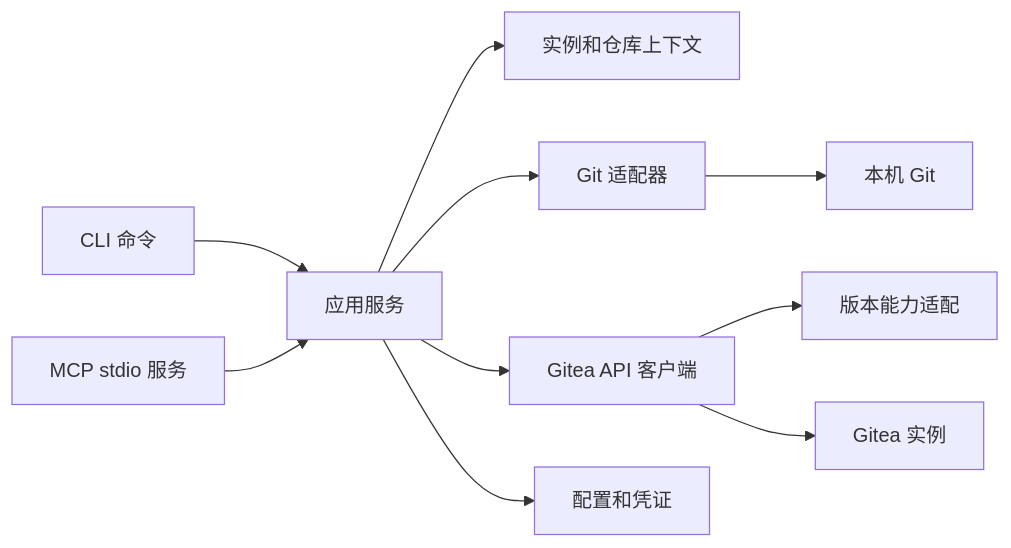
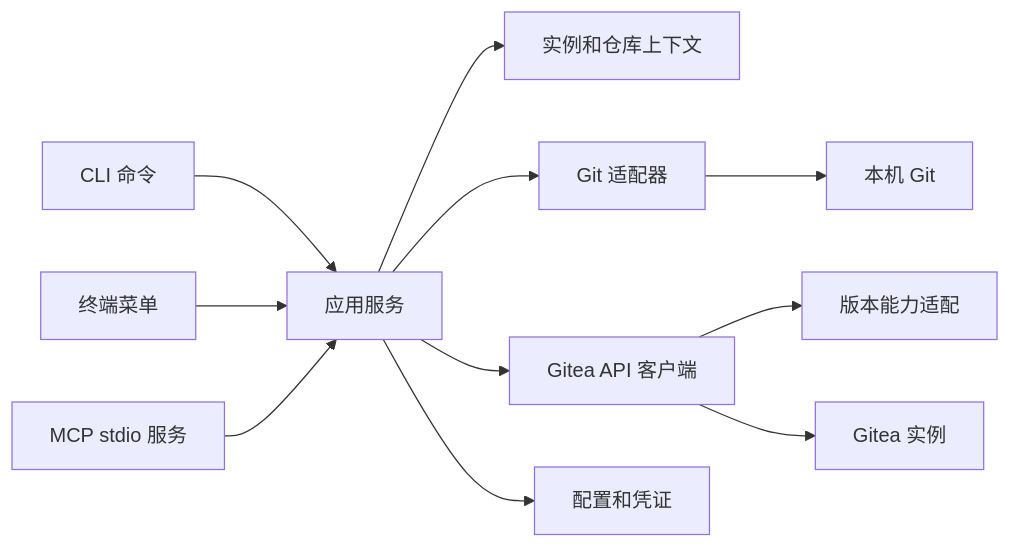
The diagram in docs/technical-design.md (Spring-Ocean/gitea-cli-so), drawn with Mermaid before and after one commit. The commit also changed other lines of this file and 10 other files, not shown here.

```diff
--- a/docs/technical-design.md
+++ b/docs/technical-design.md
@@ -19,12 +19,13 @@
 ~~~mermaid
 flowchart LR
     CLI[CLI 命令] --> APP[应用服务]
+    TUI[终端菜单] --> APP
     MCP[MCP stdio 服务] --> APP
     APP --> CTX[实例和仓库上下文]
     APP --> GIT[Git 适配器]
     APP --> API[Gitea API 客户端]
     APP --> AUTH[配置和凭证]
     API --> COMPAT[版本能力适配]
     GIT --> SYSTEMGIT[本机 Git]
     API --> SERVER[Gitea 实例]
 ~~~
```
